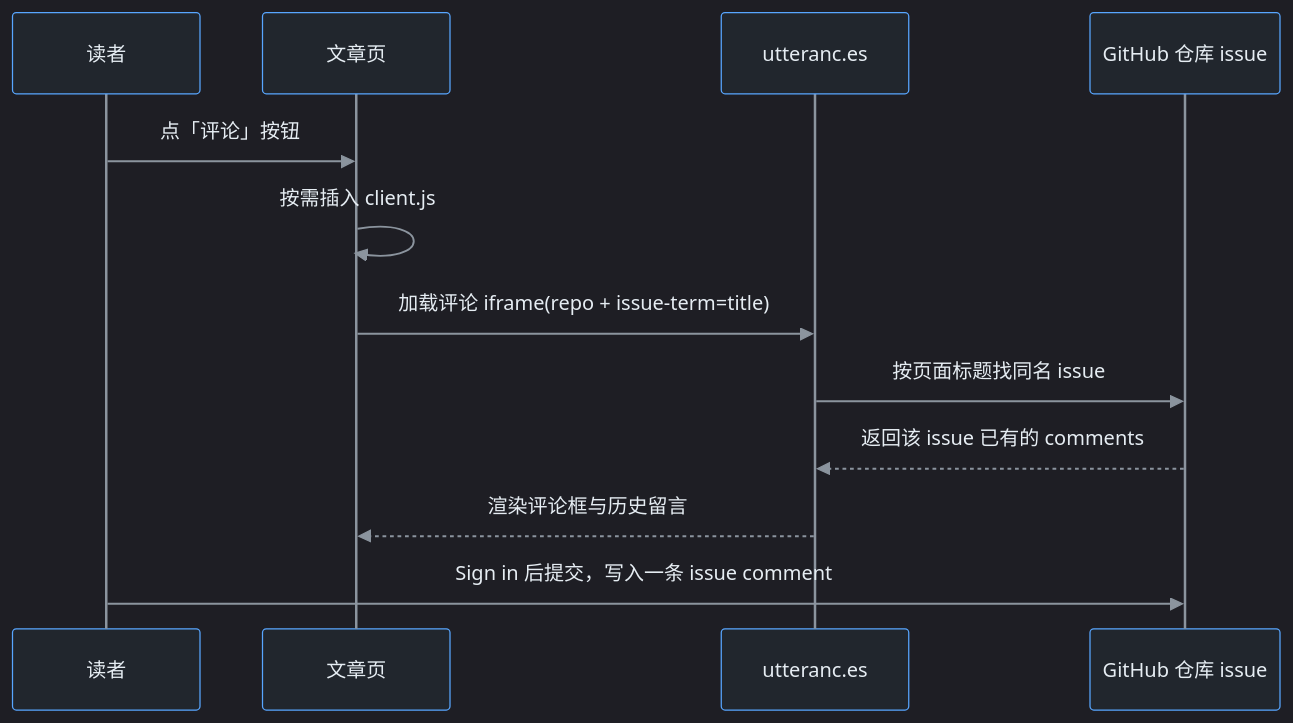
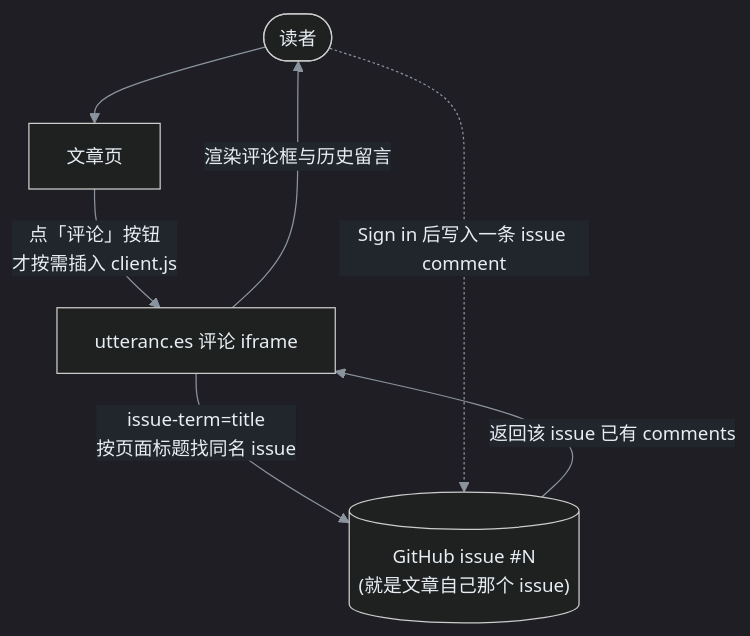
The diagram in backup/B04｜门铃与名片：给博客装上评论区，再做一张 About 关于页.md (yeyangchen2009/yeyangchen2009.github.io), drawn with Mermaid before and after one commit. The commit also changed 3 other files, not shown here.

````diff
--- a/backup/B04｜门铃与名片：给博客装上评论区，再做一张 About 关于页.md
+++ b/backup/B04｜门铃与名片：给博客装上评论区，再做一张 About 关于页.md
@@ -59,15 +59,10 @@
 ```mermaid
-%%{init: {'theme':'dark','themeVariables':{'background':'#0d1117','primaryColor':'#1f6feb','primaryTextColor':'#ffffff','primaryBorderColor':'#79c0ff','secondaryColor':'#21262d','tertiaryColor':'#30363d','lineColor':'#8b949e','textColor':'#e6edf3','clusterBkg':'#161b22','clusterBorder':'#58a6ff','edgeLabelBackground':'#21262d','fontSize':'15px','actorBkg':'#21262d','actorTextColor':'#e6edf3','actorBorder':'#58a6ff','actorLineColor':'#8b949e','signalColor':'#8b949e','signalTextColor':'#e6edf3','labelBoxBkgColor':'#21262d','labelBoxBorderColor':'#58a6ff','labelTextColor':'#e6edf3','noteBkgColor':'#161b22','noteBorderColor':'#58a6ff','noteTextColor':'#e6edf3'}}}%%
-sequenceDiagram
-    participant R as 读者
-    participant P as 文章页
-    participant U as utteranc.es
-    participant I as GitHub 仓库 issue
-    R->>P: 点「评论」按钮
-    P->>P: 按需插入 client.js
-    P->>U: 加载评论 iframe(repo + issue-term=title)
-    U->>I: 按页面标题找同名 issue
-    I-->>U: 返回该 issue 已有的 comments
-    U-->>P: 渲染评论框与历史留言
-    R->>I: Sign in 后提交，写入一条 issue comment
+%%{init: {'theme':'dark','themeVariables':{'background':'#0d1117','primaryColor':'#1f6feb','primaryTextColor':'#ffffff','primaryBorderColor':'#79c0ff','secondaryColor':'#21262d','tertiaryColor':'#30363d','lineColor':'#8b949e','textColor':'#e6edf3','clusterBkg':'#161b22','clusterBorder':'#58a6ff','edgeLabelBackground':'#21262d','fontSize':'15px'}}}%%
+flowchart TD
+    R([读者]) --> P[文章页]
+    P -->|点「评论」按钮<br/>才按需插入 client.js| U[utteranc.es 评论 iframe]
+    U -->|issue-term=title<br/>按页面标题找同名 issue| I[("GitHub issue #N<br/>(就是文章自己那个 issue)")]
+    I -->|返回该 issue 已有 comments| U
+    U -->|渲染评论框与历史留言| R
+    R -. Sign in 后写入一条 issue comment .-> I
 ```
````
